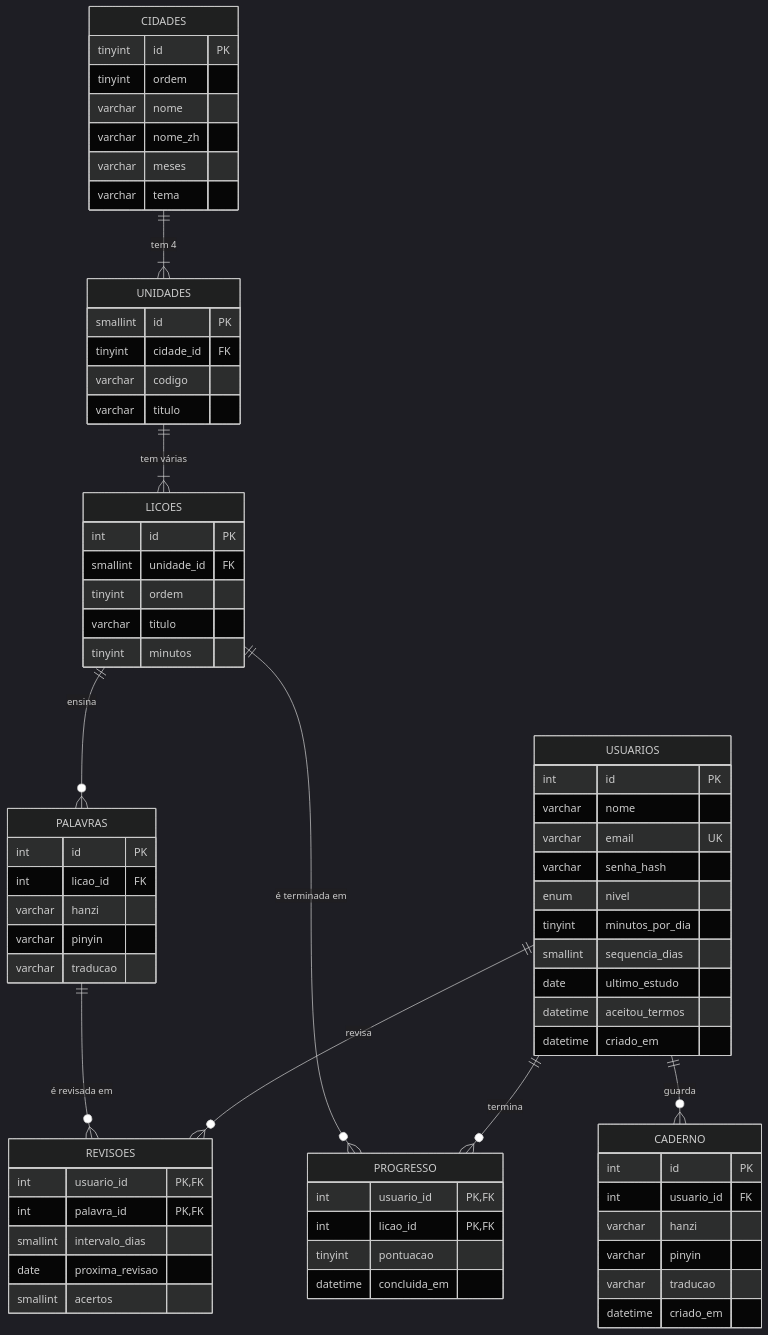
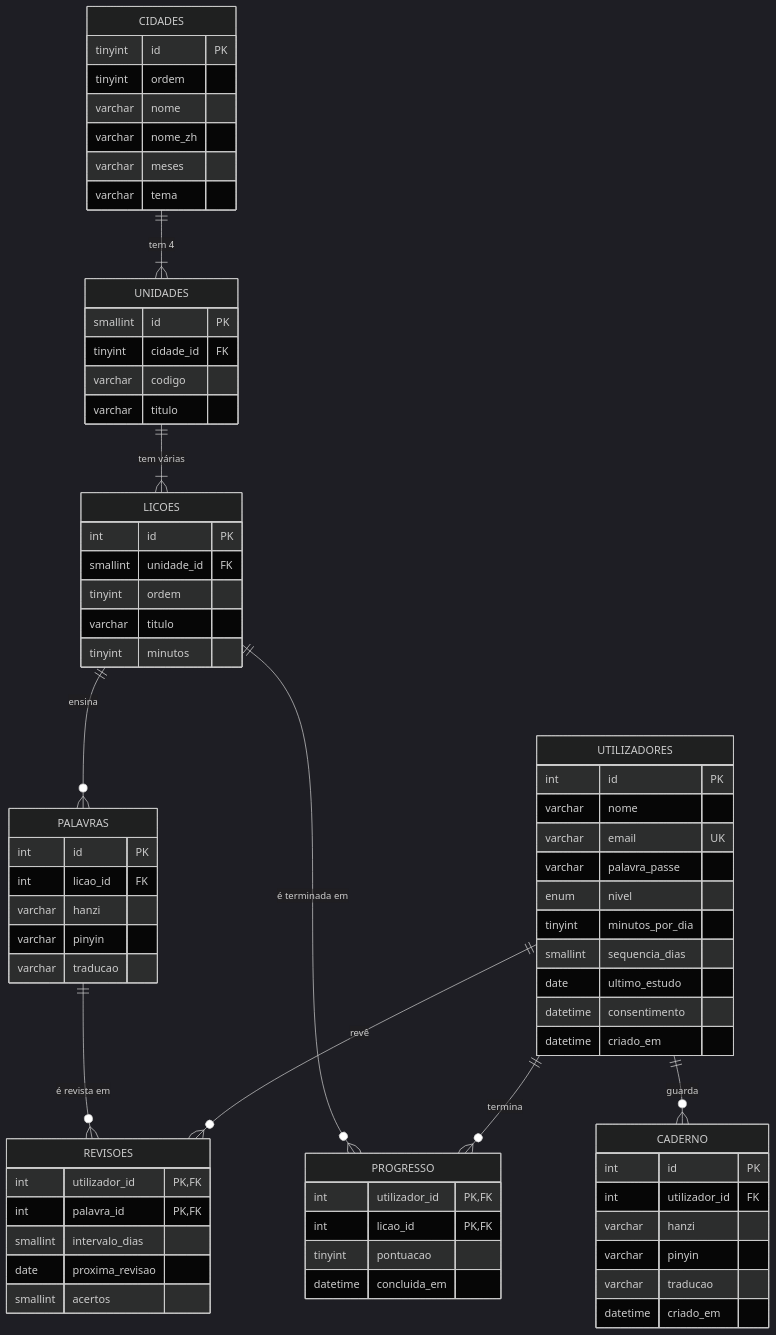
The diagram in docs/base-de-dados.md (SCCPScar/MandarinCourse), drawn with Mermaid (dark theme) before and after one commit. The commit also changed other lines of this file and 13 other files, not shown here.

````diff
--- a/docs/base-de-dados.md
+++ b/docs/base-de-dados.md
@@ -18,73 +18,73 @@
 ```mermaid
 erDiagram
     CIDADES   ||--|{ UNIDADES  : "tem 4"
     UNIDADES  ||--|{ LICOES    : "tem várias"
     LICOES    ||--o{ PALAVRAS  : "ensina"
-    USUARIOS  ||--o{ PROGRESSO : "termina"
+    UTILIZADORES  ||--o{ PROGRESSO : "termina"
     LICOES    ||--o{ PROGRESSO : "é terminada em"
-    USUARIOS  ||--o{ REVISOES  : "revisa"
-    PALAVRAS  ||--o{ REVISOES  : "é revisada em"
-    USUARIOS  ||--o{ CADERNO   : "guarda"
+    UTILIZADORES  ||--o{ REVISOES  : "revê"
+    PALAVRAS  ||--o{ REVISOES  : "é revista em"
+    UTILIZADORES  ||--o{ CADERNO   : "guarda"
 
-    USUARIOS {
+    UTILIZADORES {
         int id PK
         varchar nome
         varchar email UK
-        varchar senha_hash
+        varchar palavra_passe
         enum nivel
         tinyint minutos_por_dia
         smallint sequencia_dias
         date ultimo_estudo
-        datetime aceitou_termos
+        datetime consentimento
         datetime criado_em
     }
     CIDADES {
         tinyint id PK
         tinyint ordem
         varchar nome
         varchar nome_zh
         varchar meses
         varchar tema
     }
     UNIDADES {
         smallint id PK
         tinyint cidade_id FK
         varchar codigo
         varchar titulo
     }
     LICOES {
         int id PK
         smallint unidade_id FK
         tinyint ordem
         varchar titulo
         tinyint minutos
     }
     PALAVRAS {
         int id PK
         int licao_id FK
         varchar hanzi
         varchar pinyin
         varchar traducao
     }
     PROGRESSO {
-        int usuario_id PK, FK
+        int utilizador_id PK, FK
         int licao_id PK, FK
         tinyint pontuacao
         datetime concluida_em
     }
     REVISOES {
-        int usuario_id PK, FK
+        int utilizador_id PK, FK
         int palavra_id PK, FK
         smallint intervalo_dias
         date proxima_revisao
         smallint acertos
     }
     CADERNO {
         int id PK
-        int usuario_id FK
+        int utilizador_id FK
         varchar hanzi
         varchar pinyin
         varchar traducao
         datetime criado_em
     }
 ```
````
